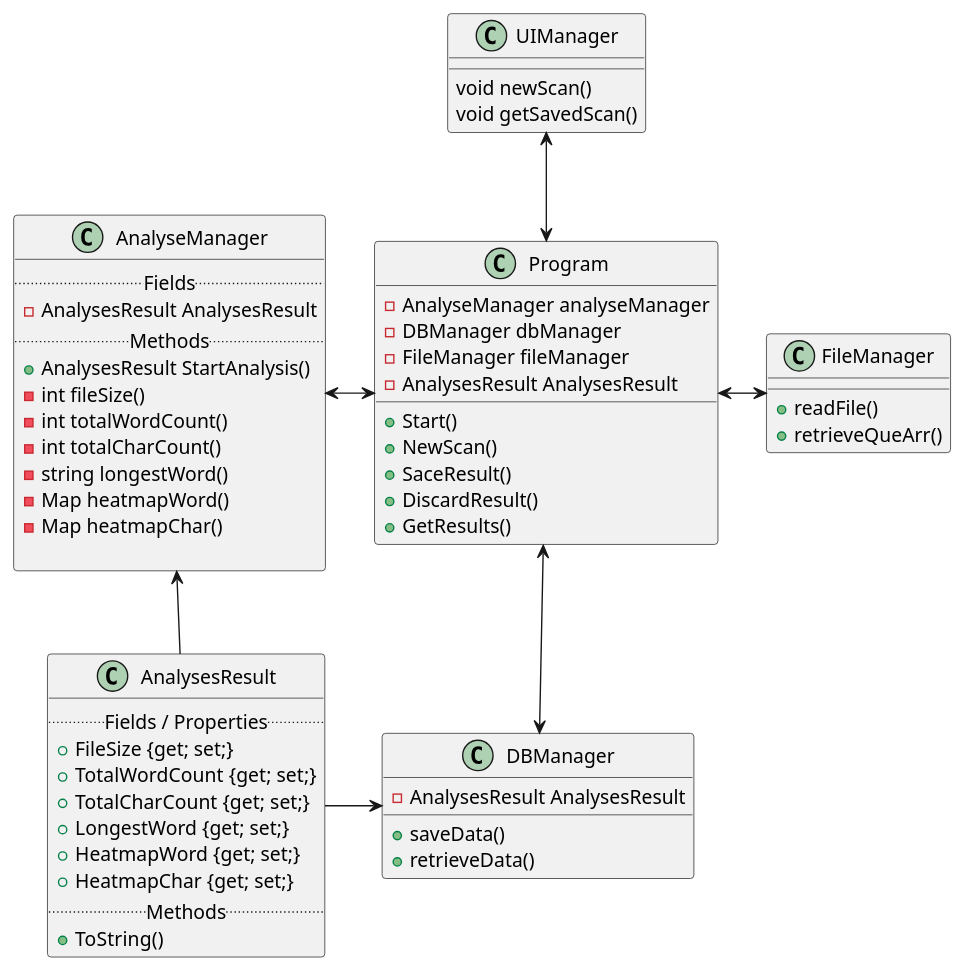
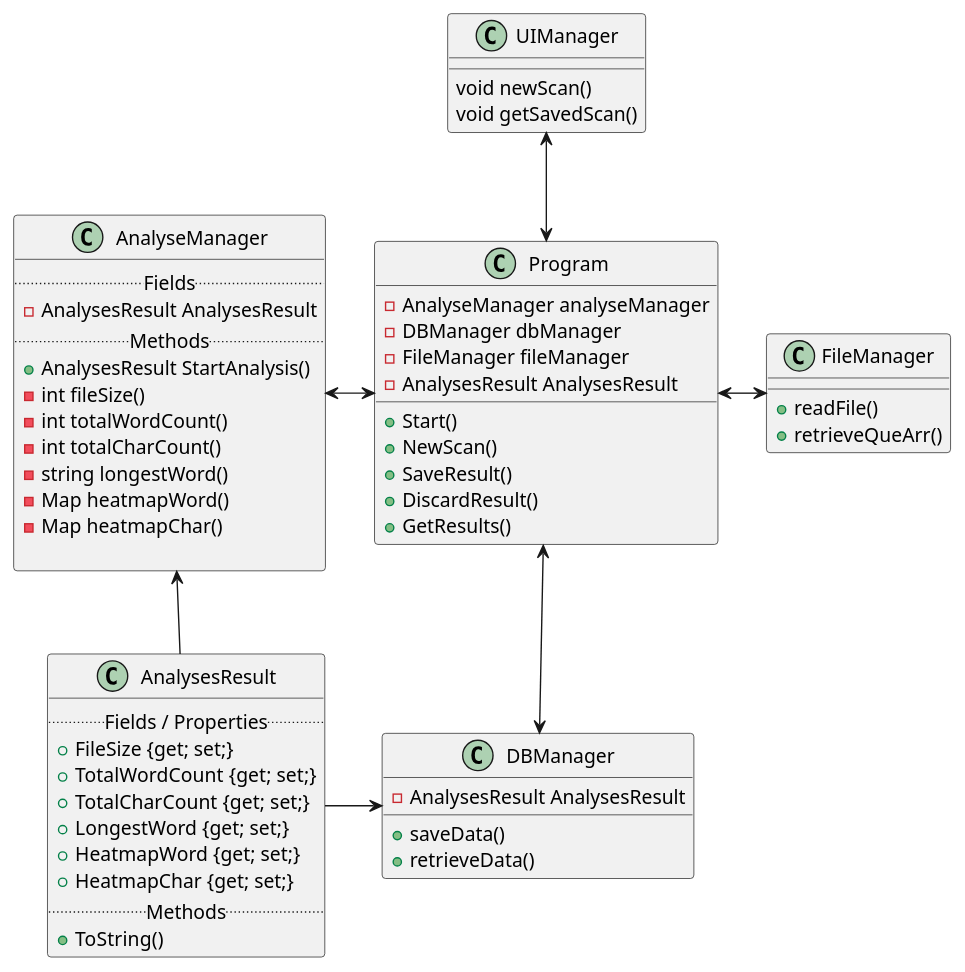
The diagram in diagrams/ClassDiagram.puml (Mimeas-Studies/pgr3302-1-Software-Design-Exam), drawn with PlantUML before and after one commit.

```diff
--- a/diagrams/ClassDiagram.puml
+++ b/diagrams/ClassDiagram.puml
@@ -1,67 +1,67 @@
 @startuml
 
 class UIManager {
     void newScan()
     void getSavedScan()
 }
 
 class Program {
     - AnalyseManager analyseManager
     - DBManager dbManager
     - FileManager fileManager
     - AnalysesResult AnalysesResult
     
     +Start()
     +NewScan()
-    +SaceResult()
+    +SaveResult()
     +DiscardResult()
     +GetResults()
 }
 
 class AnalyseManager {
     ..Fields..
     - AnalysesResult AnalysesResult
     ..Methods..
     + AnalysesResult StartAnalysis()
     - int fileSize()
     - int totalWordCount()
     - int totalCharCount()
     - string longestWord()
     - Map heatmapWord()
     - Map heatmapChar()
     
 }
 
 class AnalysesResult {
     ..Fields / Properties..
     + FileSize {get; set;}
     + TotalWordCount {get; set;}
     + TotalCharCount {get; set;}
     + LongestWord {get; set;}
     + HeatmapWord {get; set;}
     + HeatmapChar {get; set;}
     ..Methods..
     + ToString()
 }
 
 class DBManager {
     - AnalysesResult AnalysesResult
     + saveData()
     + retrieveData()
 }
 
 class FileManager {
     + readFile()
     + retrieveQueArr()
 }
 
 UIManager <--> Program
 AnalyseManager <-> Program
 AnalyseManager <-- AnalysesResult
 AnalysesResult -> DBManager
 
 Program <-> FileManager 
 
 Program <--> DBManager 
 
 @enduml
```
